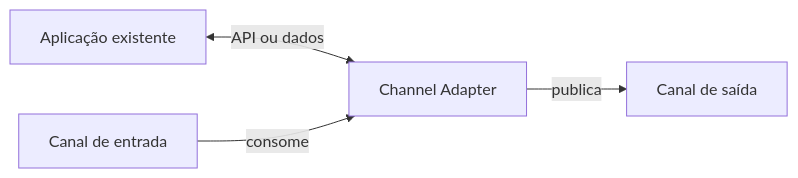
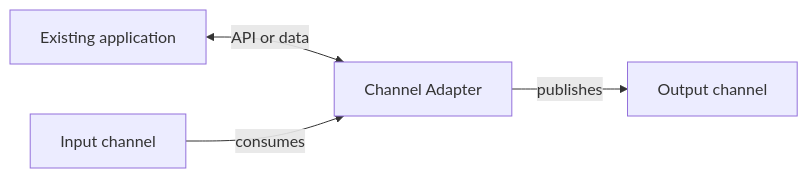
The diagram in docs/architecture/eip/messaging-channels/channel-adapter.md (alancesar/design-patterns), drawn with Mermaid before and after one commit. The commit also changed 258 other files, not shown here.

First line of the commit message:
Translate Mermaid diagrams to English

````diff
--- a/docs/architecture/eip/messaging-channels/channel-adapter.md
+++ b/docs/architecture/eip/messaging-channels/channel-adapter.md
@@ -53,6 +53,6 @@
 ```mermaid
 flowchart LR
-    A["Aplicação existente"] <-->|"API ou dados"| AD["Channel Adapter"]
-    AD -->|"publica"| C1["Canal de saída"]
-    C2["Canal de entrada"] -->|"consome"| AD
+    A["Existing application"] <-->|"API or data"| AD["Channel Adapter"]
+    AD -->|"publishes"| C1["Output channel"]
+    C2["Input channel"] -->|"consumes"| AD
 ```
````
